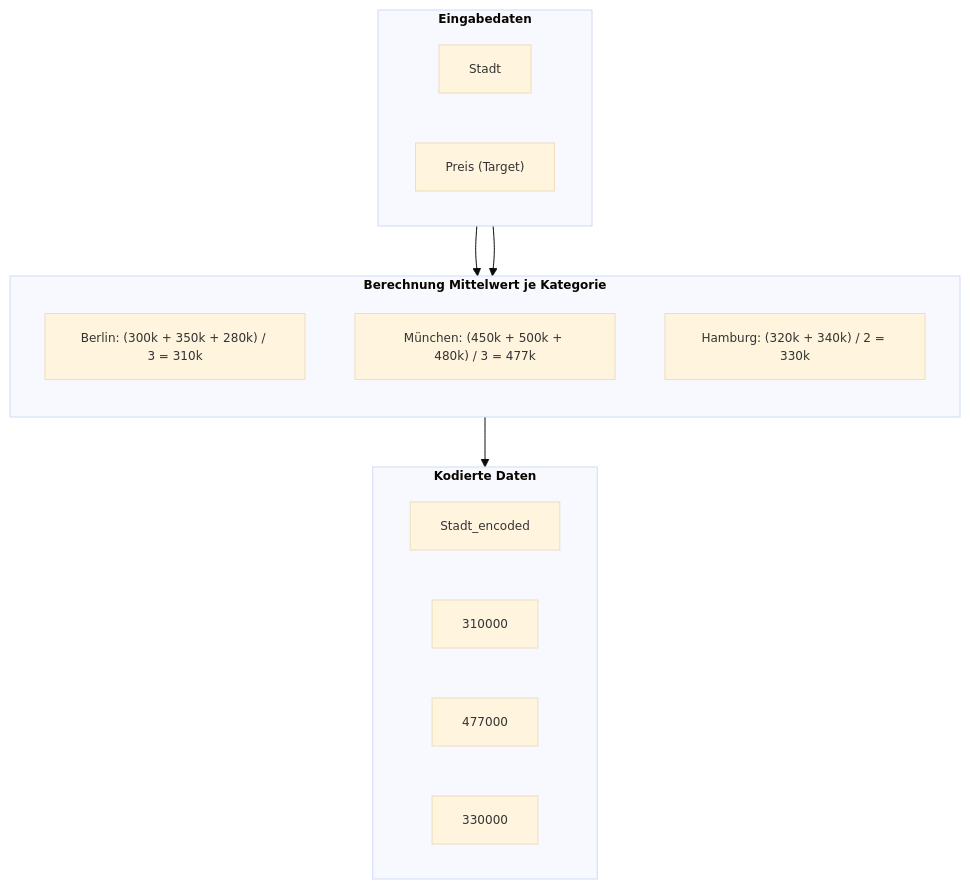
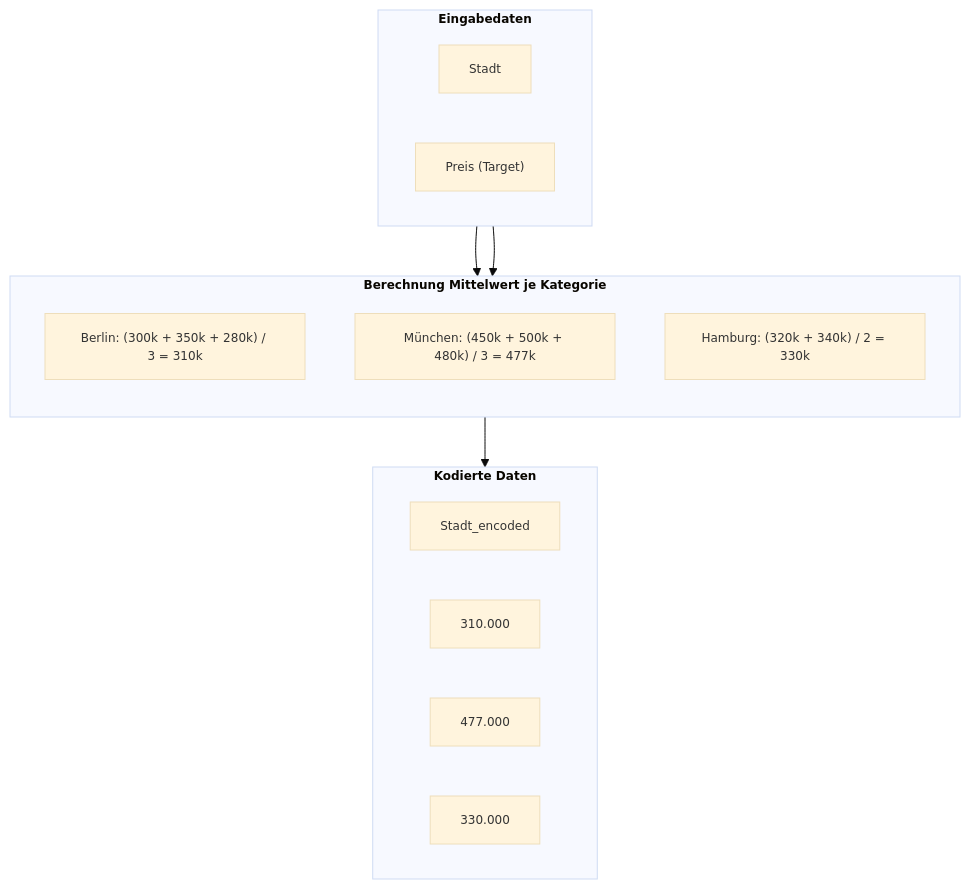
The fifth of 6 diagrams in docs/concepts/prepare/kodierung_kategorialer_daten.md (ralf-42/ML_Intro), drawn with Mermaid before and after one commit. The commit also changed other lines of this file and 4 other files, not shown here.

````diff
--- a/docs/concepts/prepare/kodierung_kategorialer_daten.md
+++ b/docs/concepts/prepare/kodierung_kategorialer_daten.md
@@ -249,28 +251,28 @@
 ```mermaid
 %%{init: {'theme': 'base', 'themeVariables': {'fontSize': '12px'}}}%%
 flowchart TB
     subgraph Input["<b>Eingabedaten"]
         direction LR
         Stadt["Stadt"]
         Preis["Preis (Target)"]
     end
     
     subgraph Berechnung["<b>Berechnung Mittelwert je Kategorie"]
         direction TB
         B["Berlin: (300k + 350k + 280k) / 3 = 310k"]
         M["München: (450k + 500k + 480k) / 3 = 477k"]
         H["Hamburg: (320k + 340k) / 2 = 330k"]
     end
     
     subgraph Output["<b>Kodierte Daten"]
         direction LR
         E["Stadt_encoded"]
-        E1["310000"]
-        E2["477000"]
-        E3["330000"]
+        E1["310.000"]
+        E2["477.000"]
+        E3["330.000"]
     end
     
     Stadt --> Berechnung
     Preis --> Berechnung
     Berechnung --> Output
 ```
````
